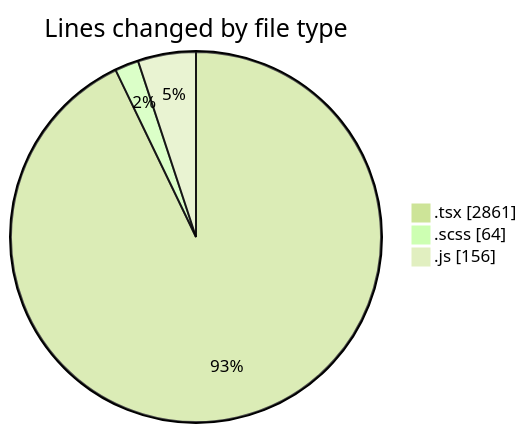
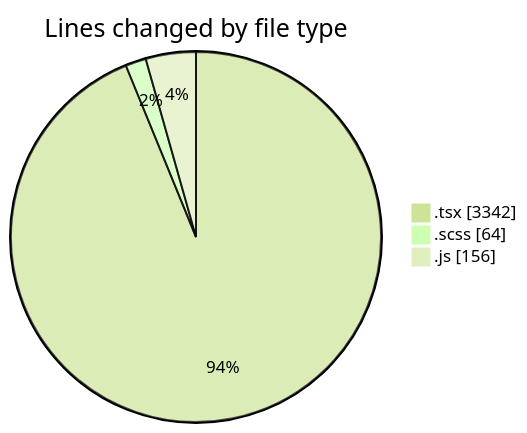
The first of 2 diagrams in 2025-06-16/cda/README.md (momahboobian/code-tracking), drawn with Mermaid (forest theme) before and after one commit. The commit also changed other lines of this file and 1 other file, not shown here.

````diff
--- a/2025-06-16/cda/README.md
+++ b/2025-06-16/cda/README.md
@@ -34,7 +35,7 @@
 ```mermaid
 pie showData
 title Lines changed by file type
-".tsx" : 2861
+".tsx" : 3342
 ".scss" : 64
 ".js" : 156
 ```
````
